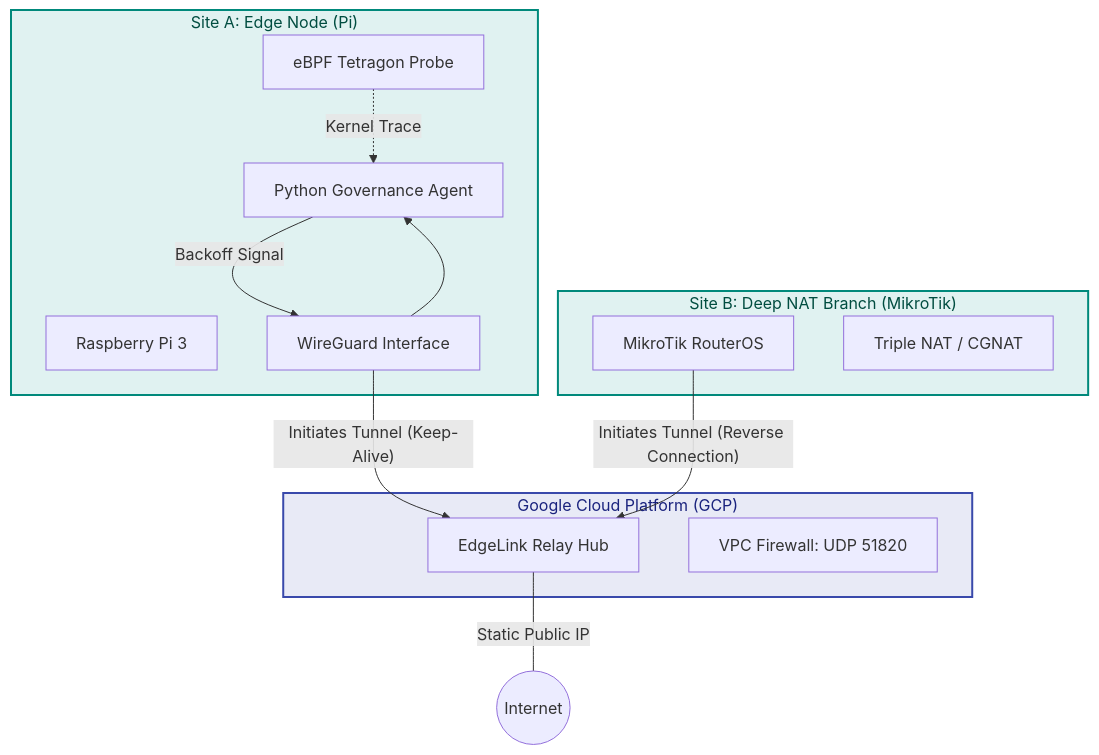
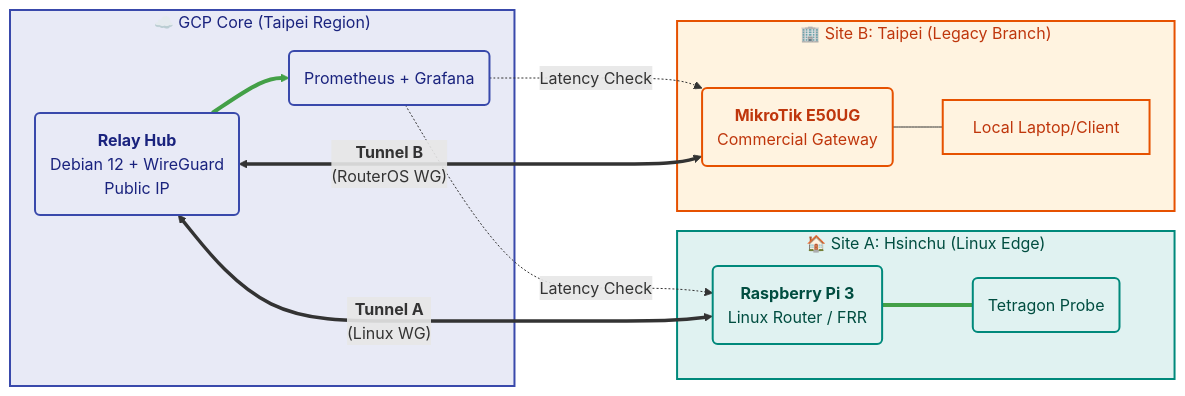
Before and after one commit to SkySung/edgelink: the diagram in README.md, drawn with Mermaid. The commit also changed other lines of this file, not shown here.

Commit message:
Update latest README.md with mermaid

````diff
--- a/README.md
+++ b/README.md
@@ -14,35 +15,43 @@
 ```mermaid
-graph TD
-    subgraph Cloud ["Google Cloud Platform (GCP)"]
-        Hub[EdgeLink Relay Hub]
-        Firewall[VPC Firewall: UDP 51820]
+graph LR
+    %% --- Styles ---
+    classDef cloud fill:#e8eaf6,stroke:#3949ab,stroke-width:2px,color:#1a237e;
+    classDef siteA fill:#e0f2f1,stroke:#00897b,stroke-width:2px,color:#004d40;
+    classDef siteB fill:#fff3e0,stroke:#e65100,stroke-width:2px,color:#bf360c;
+    classDef tunnel stroke:#43a047,stroke-width:3px,stroke-dasharray: 5 5,fill:none;
+
+    %% --- Cloud Hub ---
+    subgraph Cloud ["☁️ GCP Core (Taipei Region)"]
+        Hub(<b>Relay Hub</b><br/>Debian 12 + WireGuard<br/>Public IP)
+        Monitor(Prometheus + Grafana)
+        Hub --> Monitor
     end
 
-    subgraph Site_A ["Site A: Edge Node (Pi)"]
-        Pi[Raspberry Pi 3]
-        Agent[Python Governance Agent]
-        Tetragon[eBPF Tetragon Probe]
-        WG_Client_A[WireGuard Interface]
+    %% --- Site A (Hsinchu) ---
+    subgraph Site_A ["🏠 Site A: Hsinchu (Linux Edge)"]
+        Pi(<b>Raspberry Pi 3</b><br/>Linux Router / FRR)
+        eBPF(Tetragon Probe)
+        Pi --- eBPF
     end
 
-    subgraph Site_B ["Site B: Deep NAT Branch (MikroTik)"]
-        Router[MikroTik RouterOS]
-        NAT_Layers[Triple NAT / CGNAT]
+    %% --- Site B (Taipei) ---
+    subgraph Site_B ["🏢 Site B: Taipei (Legacy Branch)"]
+        MikroTik(<b>MikroTik E50UG</b><br/>Commercial Gateway)
+        Legacy_PC[Local Laptop/Client]
+        MikroTik --- Legacy_PC
     end
 
-    %% Connections
-    Hub ---|"Static Public IP"| Internet((Internet))
+    %% --- Connections ---
+    Pi <===>|"<b>Tunnel A</b><br/>(Linux WG)"| Hub
+    MikroTik <===>|"<b>Tunnel B</b><br/>(RouterOS WG)"| Hub
     
-    WG_Client_A -->|"Initiates Tunnel (Keep-Alive)"| Hub
-    Router -->|"Initiates Tunnel (Reverse Connection)"| Hub
-    
-    %% Internal Logic
-    WG_Client_A --> Agent
-    Tetragon -.->|"Kernel Trace"| Agent
-    Agent -->|"Backoff Signal"| WG_Client_A
-    
-    classDef cloud fill:#e8eaf6,stroke:#3949ab,stroke-width:2px,color:#1a237e;
-    classDef edge fill:#e0f2f1,stroke:#00897b,stroke-width:2px,color:#004d40;
-    class Cloud cloud;
-    class Site_A,Site_B edge;
+    %% --- Data Flow ---
+    Monitor -.->|"Latency Check"| Pi
+    Monitor -.->|"Latency Check"| MikroTik
+
+    %% --- Styling ---
+    class Cloud,Hub,Monitor cloud;
+    class Site_A,Pi,eBPF siteA;
+    class Site_B,MikroTik,Legacy_PC siteB;
+    linkStyle 0,1 stroke:#43a047,stroke-width:4px;
 ```
````
